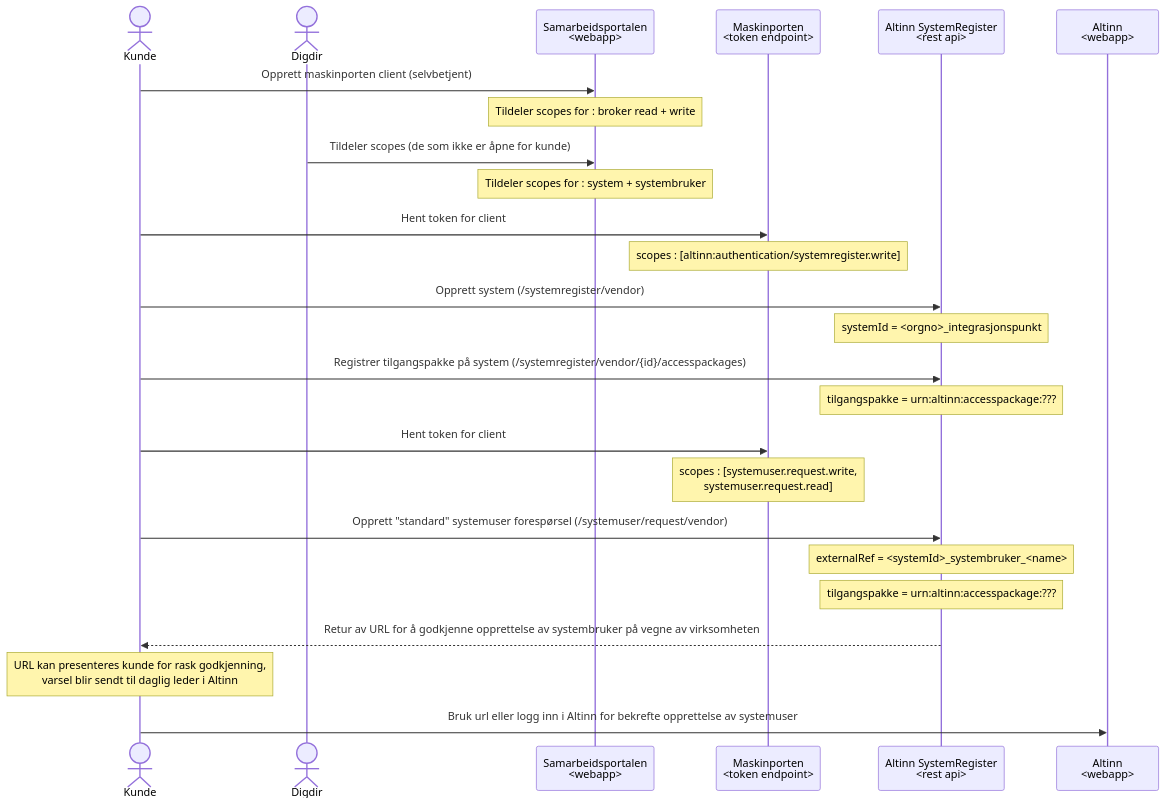
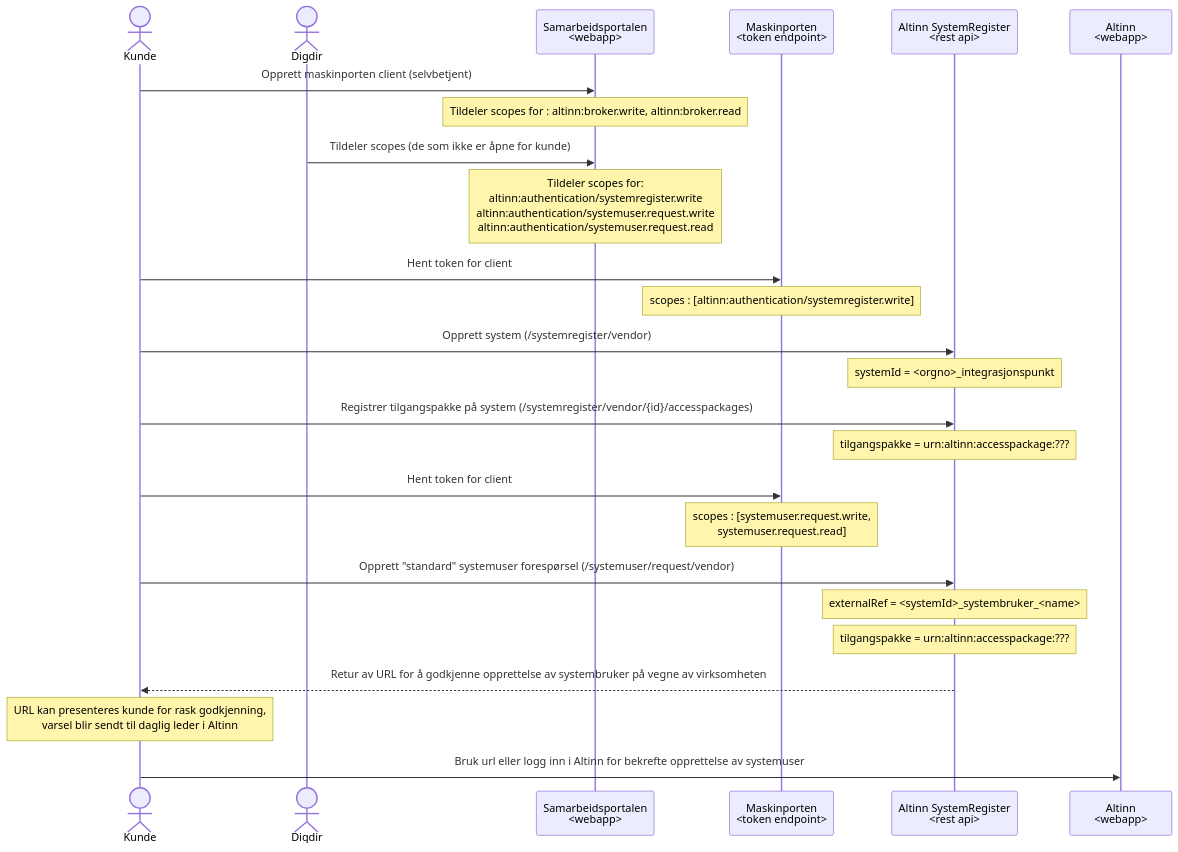
The first of 2 diagrams in altinn-v3-client/altinn_dpo.md (felleslosninger/efm-integrasjonspunkt), drawn with Mermaid before and after one commit. The commit also changed 1 other file, not shown here.

Commit message:
Update onboarding docs for altinn dpo and dpv

````diff
--- a/altinn-v3-client/altinn_dpo.md
+++ b/altinn-v3-client/altinn_dpo.md
@@ -10,32 +10,31 @@
 ```mermaid
 sequenceDiagram
     actor K as Kunde
     actor D as Digdir
     participant S as Samarbeidsportalen<br><webapp>
     participant M as Maskinporten<br><token endpoint>
     participant AS as Altinn SystemRegister<br><rest api>
     participant A as Altinn<br><webapp>
     
     K->>S: Opprett maskinporten client (selvbetjent)
-    note over S : Tildeler scopes for : broker read + write
+    note over S : Tildeler scopes for : altinn:broker.write, altinn:broker.read
     D->>S: Tildeler scopes (de som ikke er åpne for kunde) 
-    note over S : Tildeler scopes for : system + systembruker
-    
+    note over S : Tildeler scopes for: <br> altinn:authentication/systemregister.write<br> altinn:authentication/systemuser.request.write<br> altinn:authentication/systemuser.request.read
     K->>M: Hent token for client
     note over M : scopes : [altinn:authentication/systemregister.write]
     K->>AS : Opprett system (/systemregister/vendor)
     note over AS: systemId = <orgno>_integrasjonspunkt
     K->>AS : Registrer tilgangspakke på system (/systemregister/vendor/{id}/accesspackages)
     note over AS: tilgangspakke = urn:altinn:accesspackage:???
     
     K->>M: Hent token for client
     note over M : scopes : [systemuser.request.write,<br>systemuser.request.read]
 
     K->>AS: Opprett "standard" systemuser forespørsel (/systemuser/request/vendor)
     note over AS : externalRef = <systemId>_systembruker_<name>
     note over AS : tilgangspakke = urn:altinn:accesspackage:???
     AS-->>K: Retur av URL for å godkjenne opprettelse av systembruker på vegne av virksomheten
     note over K : URL kan presenteres kunde for rask godkjenning,<br>varsel blir sendt til daglig leder i Altinn
     
     K->>A: Bruk url eller logg inn i Altinn for bekrefte opprettelse av systemuser
 ```
````
